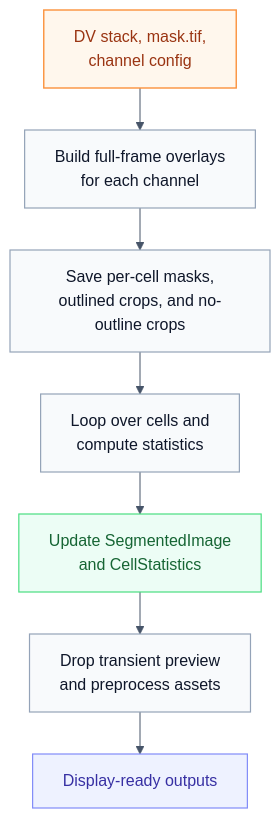
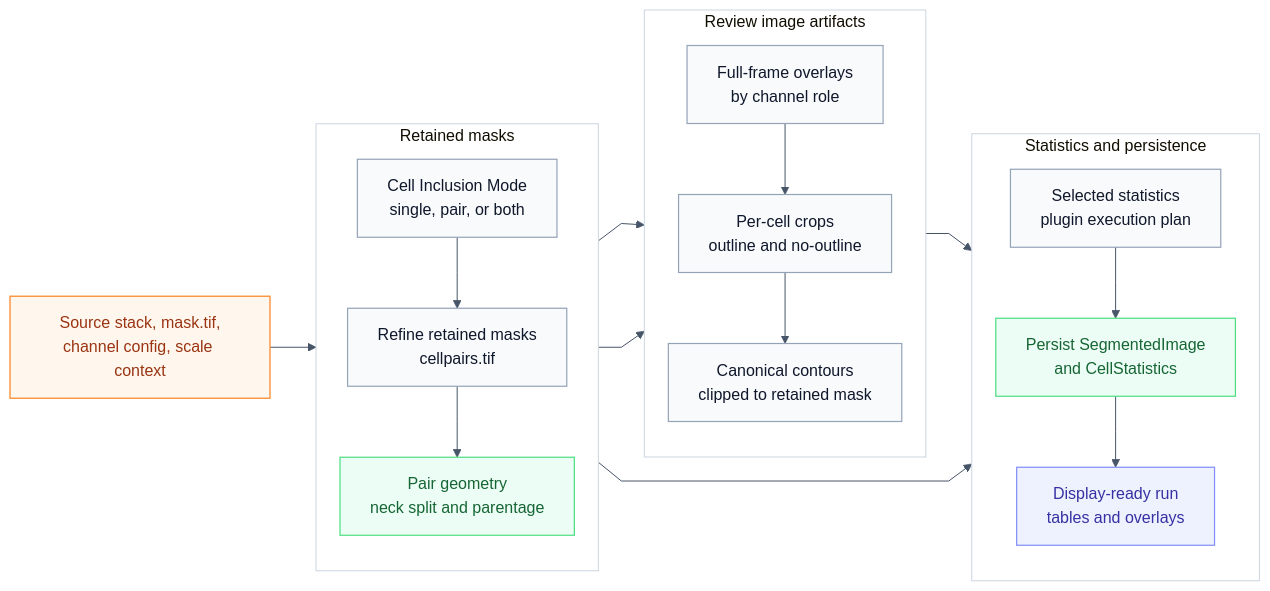
One commit to BrentLagesse/CytoCV changed the diagram in docs/diagrams/09-segmentation-output-flow.mmd. Above: the diagram before and after it, drawn with Mermaid. The commit also changed 44 other files, not shown here.

```diff
--- a/docs/diagrams/09-segmentation-output-flow.mmd
+++ b/docs/diagrams/09-segmentation-output-flow.mmd
@@ -1,21 +1,39 @@
-%%{init: {"theme":"base","themeVariables":{"background":"#ffffff","primaryColor":"#f8fafc","primaryBorderColor":"#94a3b8","primaryTextColor":"#0f172a","secondaryColor":"#eff6ff","tertiaryColor":"#eef2ff","lineColor":"#475569","fontFamily":"Helvetica","fontSize":"16px","clusterBorder":"#cbd5e1","clusterBkg":"#ffffff"},"flowchart":{"htmlLabels":true,"curve":"linear","nodeSpacing":28,"rankSpacing":42}}}%%
-flowchart TD
-    classDef source fill:#fff7ed,stroke:#fb923c,color:#9a3412,stroke-width:1.4px;
+%%{init: {"theme":"base","themeVariables":{"background":"#ffffff","primaryColor":"#f8fafc","primaryBorderColor":"#94a3b8","primaryTextColor":"#0f172a","secondaryColor":"#eff6ff","tertiaryColor":"#eef2ff","lineColor":"#475569","fontFamily":"Arial","fontSize":"16px","clusterBorder":"#cbd5e1","clusterBkg":"#ffffff"},"flowchart":{"htmlLabels":true,"curve":"linear","nodeSpacing":28,"rankSpacing":46}}}%%
+flowchart LR
+    classDef input fill:#fff7ed,stroke:#fb923c,color:#9a3412,stroke-width:1.4px;
     classDef process fill:#f8fafc,stroke:#94a3b8,color:#0f172a,stroke-width:1.2px;
     classDef data fill:#ecfdf5,stroke:#4ade80,color:#166534,stroke-width:1.2px;
     classDef output fill:#eef2ff,stroke:#818cf8,color:#3730a3,stroke-width:1.2px;
 
-    inputs[DV stack, mask.tif,<br/>channel config]
-    outline[Build full-frame overlays<br/>for each channel]
-    crops[Save per-cell masks,<br/>outlined crops, and no-outline crops]
-    stats[Loop over cells and<br/>compute statistics]
-    persist[Update SegmentedImage<br/>and CellStatistics]
-    cleanup[Drop transient preview<br/>and preprocess assets]
-    review[Display-ready outputs]
+    inputs["Source stack, mask.tif,<br/>channel config, scale context"]
 
-    inputs --> outline --> crops --> stats --> persist --> cleanup --> review
+    subgraph masks["Retained masks"]
+        direction TB
+        retain["Cell Inclusion Mode<br/>single, pair, or both"]
+        refine["Refine retained masks<br/>cellpairs.tif"]
+        geometry["Pair geometry<br/>neck split and parentage"]
+    end
 
-    class inputs source
-    class outline,crops,stats,cleanup process
-    class persist data
+    subgraph images["Review image artifacts"]
+        direction TB
+        frames["Full-frame overlays<br/>by channel role"]
+        crops["Per-cell crops<br/>outline and no-outline"]
+        contours["Canonical contours<br/>clipped to retained mask"]
+    end
+
+    subgraph records["Statistics and persistence"]
+        direction TB
+        stats["Selected statistics<br/>plugin execution plan"]
+        persist["Persist SegmentedImage<br/>and CellStatistics"]
+        review["Display-ready run<br/>tables and overlays"]
+    end
+
+    inputs --> retain --> refine --> geometry
+    refine --> frames --> crops --> contours --> stats --> persist --> review
+    geometry --> contours
+    geometry --> stats
+
+    class inputs input
+    class retain,refine,frames,crops,contours,stats process
+    class geometry,persist data
     class review output
```
